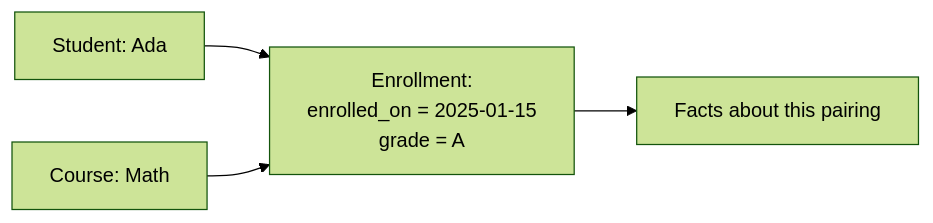
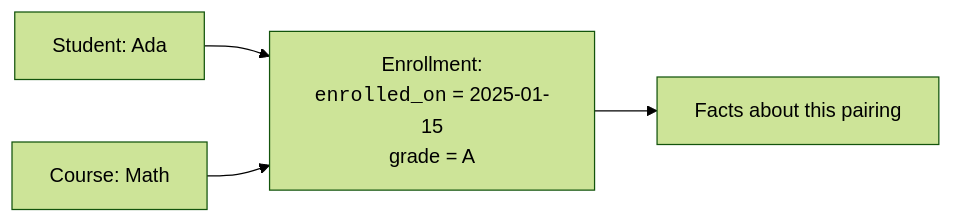
The fourth of 5 diagrams in content/learn/database-design-postgresql/junction-tables.mdx (dataslope/dataslope), drawn with Mermaid (forest theme) before and after one commit. The commit also changed other lines of this file and 153 other files, not shown here.

First line of the commit message:
Render code-only mermaid shapes in monospace; convert step sequences to Steps

````diff
--- a/content/learn/database-design-postgresql/junction-tables.mdx
+++ b/content/learn/database-design-postgresql/junction-tables.mdx
@@ -102,6 +102,6 @@
 ```mermaid
 flowchart LR
-    S["Student: Ada"] --> E["Enrollment:<br/>enrolled_on = 2025-01-15<br/>grade = A"]
+    S["Student: Ada"] --> E["Enrollment:<br/><code>enrolled_on</code> = 2025-01-15<br/>grade = A"]
     C["Course: Math"] --> E
     E --> Meaning["Facts about this pairing"]
 ```
````
